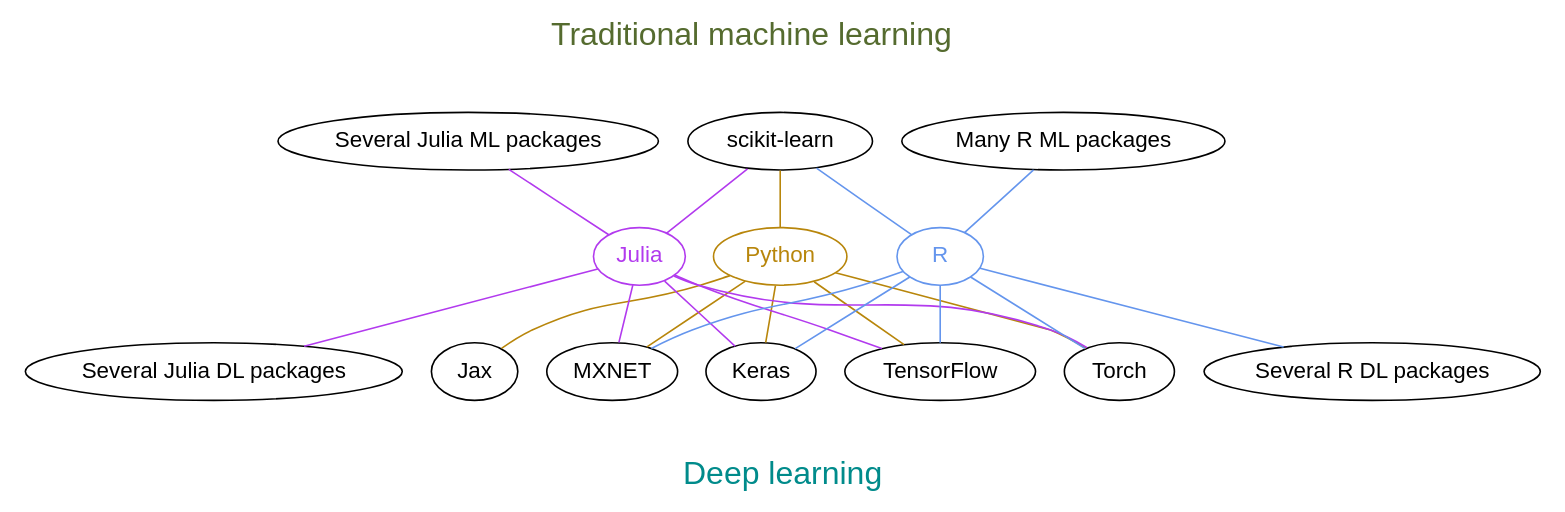
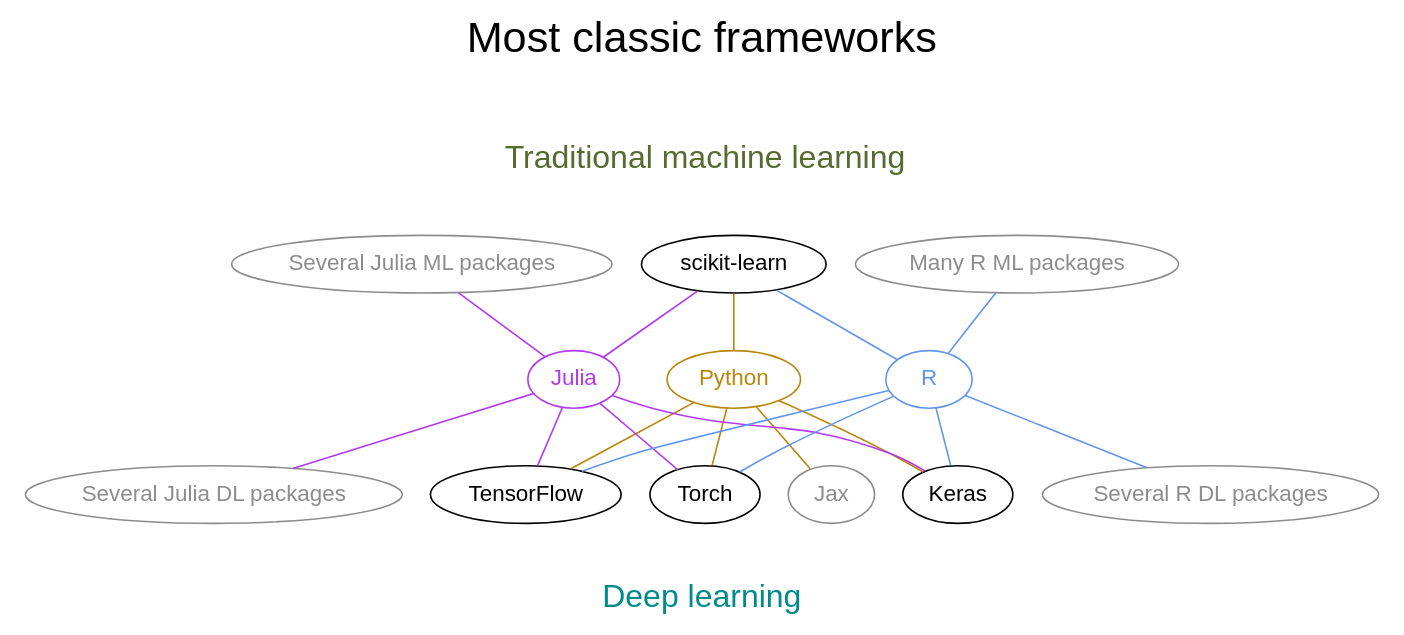
One commit to WestDRI/arc-training changed the third of 12 diagrams in ml/frameworks_slides.qmd. Above: the diagram before and after it, drawn with Graphviz. The commit also changed other lines of this file, not shown here.

````diff
--- a/ml/frameworks_slides.qmd
+++ b/ml/frameworks_slides.qmd
@@ -62,41 +115,55 @@
 ```{dot}
 //| echo: false
 
 strict graph {
   
 bgcolor="transparent"
 graph [fontname="Inconsolata, sans-serif"]
 node [fontname="Inconsolata, sans-serif"]
+label="Most classic frameworks\n\n"
+labelloc=t
+fontsize=27
 
 subgraph cluster_ml {	
   peripheries=0
   label="Traditional machine learning\n\n"
   fontcolor=darkolivegreen
   fontsize=20
   "scikit-learn" "Several Julia ML packages" "Many R ML packages"
 }
 
 subgraph cluster_dl {	
   peripheries=0
   label="\nDeep learning"
   fontcolor=darkcyan
   fontsize=20
   labelloc=b
-  Torch TensorFlow Jax Keras MXNET "Several Julia DL packages" "Several R DL packages"
+  Torch TensorFlow Jax Keras "Several Julia DL packages" "Several R DL packages"
 }
 
 Python [color=darkgoldenrod, fontcolor=darkgoldenrod, URL="https://www.python.org/"]
 Julia [color=darkorchid2, fontcolor=darkorchid2, URL="https://julialang.org/"]
 R [color=cornflowerblue, fontcolor=cornflowerblue, URL="https://www.r-project.org/"]
 
 "scikit-learn" -- Python [color=darkgoldenrod]
-Python -- {Torch TensorFlow Jax Keras MXNET} [color=darkgoldenrod]
+Python -- {Torch TensorFlow Jax Keras} [color=darkgoldenrod]
 
 {"Several Julia ML packages" "scikit-learn"} -- Julia [color=darkorchid2]
-Julia -- {"Several Julia DL packages" Torch TensorFlow Keras MXNET} [color=darkorchid2]
+Julia -- {"Several Julia DL packages" Torch TensorFlow Keras} [color=darkorchid2]
 
 {"scikit-learn" "Many R ML packages"} -- R [color=cornflowerblue]
-R -- {"Several R DL packages" Torch TensorFlow Keras MXNET} [color=cornflowerblue]
+R -- {"Several R DL packages" Torch TensorFlow Keras} [color=cornflowerblue]
+
+"Several Julia ML packages" [color=gray55, fontcolor=gray55]
+"Several Julia DL packages" [color=gray55, fontcolor=gray55]
+"Many R ML packages" [color=gray55, fontcolor=gray55]
+"Several R DL packages" [color=gray55, fontcolor=gray55]
+Jax [color=gray55, fontcolor=gray55, URL="https://jax.readthedocs.io/en/latest/index.html"]
+
+"scikit-learn" [URL="https://scikit-learn.org/stable/"]
+Keras [URL="https://keras.io/"]
+TensorFlow [URL="https://www.tensorflow.org/"]
+Torch [URL="https://pytorch.org/"]
 
 }
 ```
````
